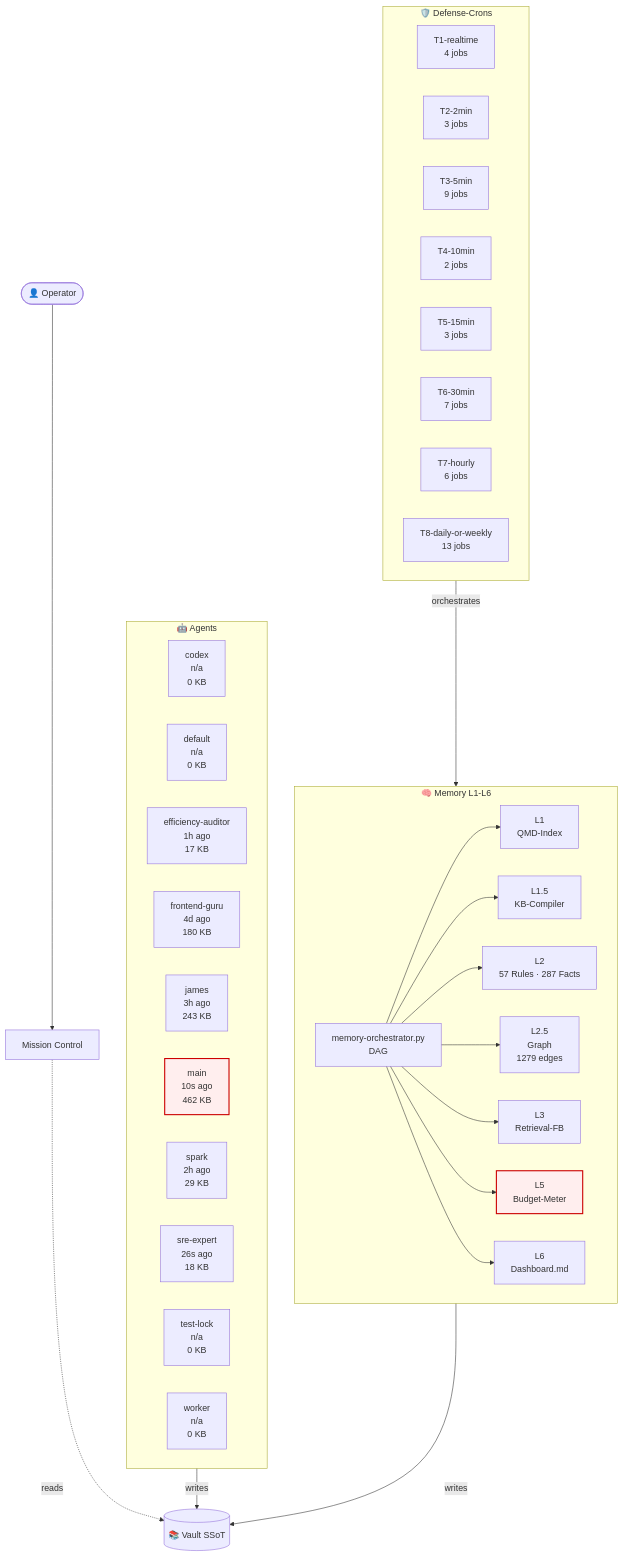
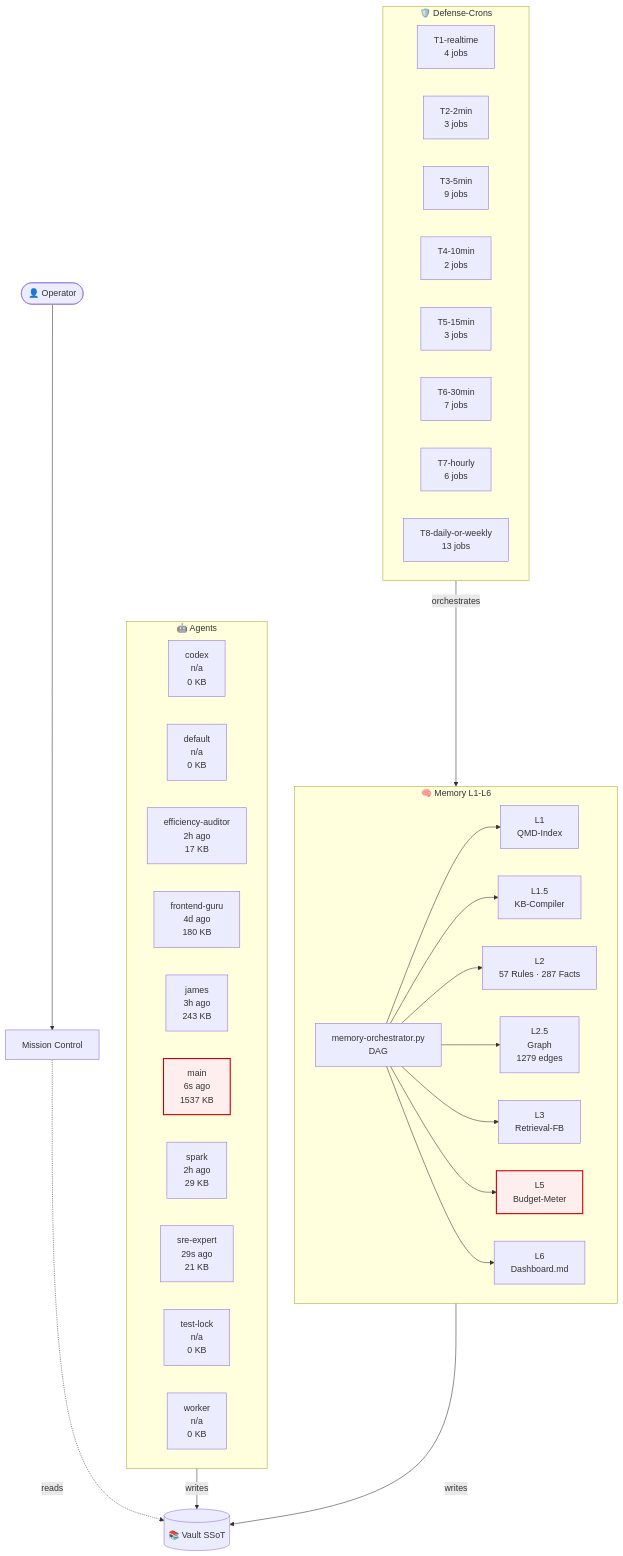
The diagram in 03-Agents/architecture-live.md (lenardhuebner88-rgb/openclaw-memory), drawn with Mermaid before and after one commit. The commit also changed other lines of this file and 6 other files, not shown here.

````diff
--- a/03-Agents/architecture-live.md
+++ b/03-Agents/architecture-live.md
@@ -18,53 +18,53 @@
 ```mermaid
 flowchart TB
     classDef critical fill:#fee,stroke:#c00,stroke-width:2px;
     subgraph AGT["🤖 Agents"]
         agent_codex["codex<br/>n/a<br/>0 KB"]
         agent_default["default<br/>n/a<br/>0 KB"]
-        agent_efficiency_auditor["efficiency-auditor<br/>1h ago<br/>17 KB"]
+        agent_efficiency_auditor["efficiency-auditor<br/>2h ago<br/>17 KB"]
         agent_frontend_guru["frontend-guru<br/>4d ago<br/>180 KB"]
         agent_james["james<br/>3h ago<br/>243 KB"]
-        agent_main["main<br/>10s ago<br/>462 KB"]
+        agent_main["main<br/>6s ago<br/>1537 KB"]
         agent_spark["spark<br/>2h ago<br/>29 KB"]
-        agent_sre_expert["sre-expert<br/>26s ago<br/>18 KB"]
+        agent_sre_expert["sre-expert<br/>29s ago<br/>21 KB"]
         agent_test_lock["test-lock<br/>n/a<br/>0 KB"]
         agent_worker["worker<br/>n/a<br/>0 KB"]
     end
     subgraph MEM["🧠 Memory L1-L6"]
         L1["L1<br/>QMD-Index"]
         L15["L1.5<br/>KB-Compiler"]
         L2["L2<br/>57 Rules · 287 Facts"]
         L25["L2.5<br/>Graph<br/>1279 edges"]
         L3["L3<br/>Retrieval-FB"]
         L5["L5<br/>Budget-Meter"]
         L6["L6<br/>Dashboard.md"]
         ORCH["memory-orchestrator.py<br/>DAG"]
     end
     subgraph CRN["🛡️ Defense-Crons"]
         tier_T1_realtime["T1-realtime<br/>4 jobs"]
         tier_T2_2min["T2-2min<br/>3 jobs"]
         tier_T3_5min["T3-5min<br/>9 jobs"]
         tier_T4_10min["T4-10min<br/>2 jobs"]
         tier_T5_15min["T5-15min<br/>3 jobs"]
         tier_T6_30min["T6-30min<br/>7 jobs"]
         tier_T7_hourly["T7-hourly<br/>6 jobs"]
         tier_T8_daily_or_weekly["T8-daily-or-weekly<br/>13 jobs"]
     end
     VAULT[("📚 Vault SSoT")]
     OP([👤 Operator])
     MC["Mission Control"]
     OP --> MC
     MC -.reads.-> VAULT
     AGT -->|writes| VAULT
     MEM -->|writes| VAULT
     ORCH --> L1
     ORCH --> L15
     ORCH --> L2
     ORCH --> L25
     ORCH --> L3
     ORCH --> L5
     ORCH --> L6
     CRN -->|orchestrates| MEM
     class L5 critical
     class agent_main critical
 ```
````
